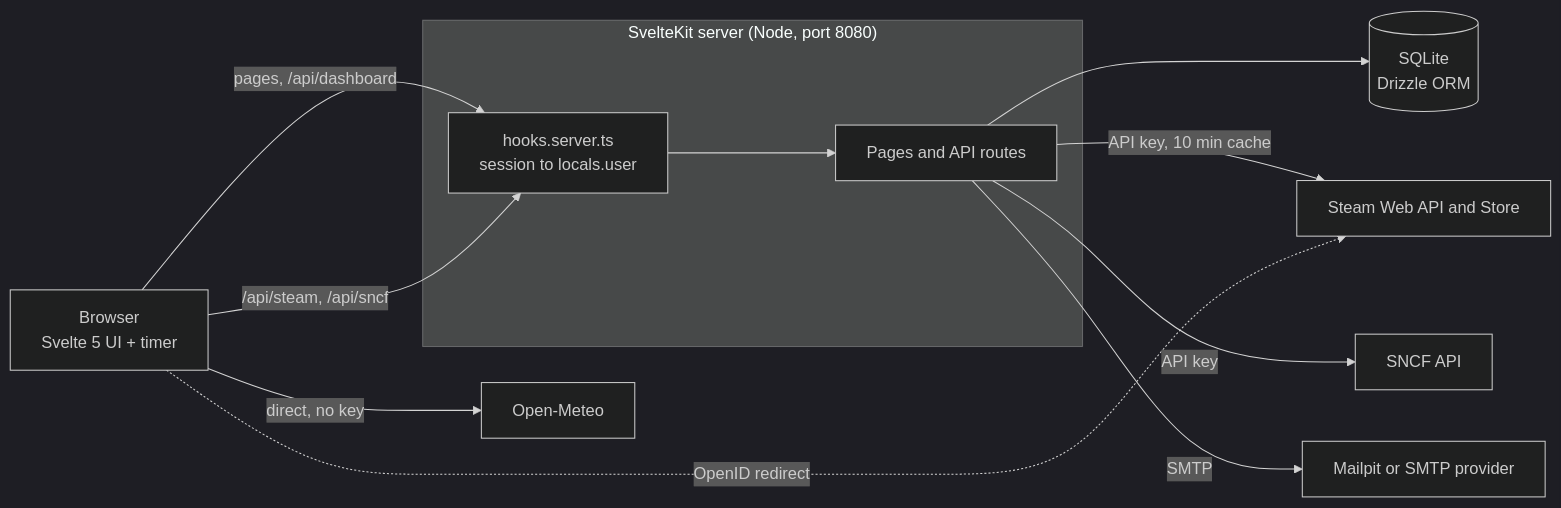
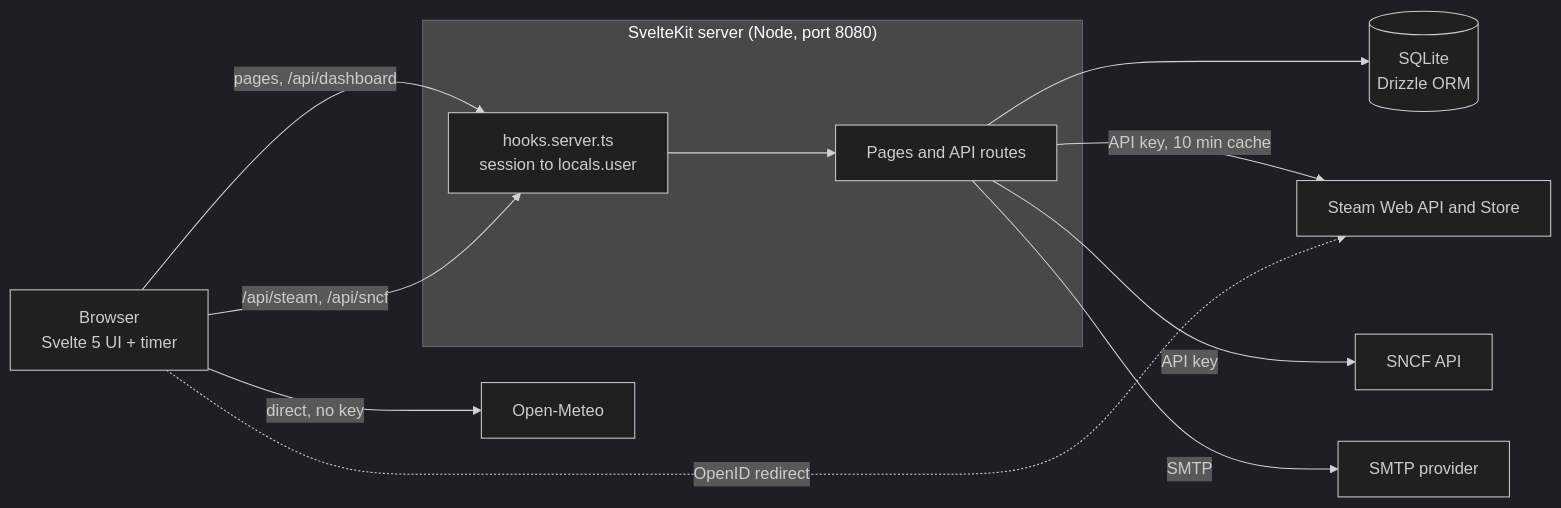
Before and after one commit to MyEpitechProjects/G-WEB-500-LIL-5-1-dashboard-18: the diagram in README.md, drawn with Mermaid (dark theme). The commit also changed other lines of this file and 1 other file, not shown here.

````diff
--- a/README.md
+++ b/README.md
@@ -133,21 +131,21 @@
 ```mermaid
 flowchart LR
     Browser["Browser<br/>Svelte 5 UI + timer"]
 
     subgraph Server["SvelteKit server (Node, port 8080)"]
         Hooks["hooks.server.ts<br/>session to locals.user"]
         Routes["Pages and API routes"]
         Hooks --> Routes
     end
 
     DB[("SQLite<br/>Drizzle ORM")]
     Routes --> DB
 
     Browser -->|"pages, /api/dashboard"| Hooks
     Browser -->|"/api/steam, /api/sncf"| Hooks
     Browser -->|"direct, no key"| OpenMeteo["Open-Meteo"]
     Routes -->|"API key, 10 min cache"| Steam["Steam Web API and Store"]
     Routes -->|"API key"| SNCF["SNCF API"]
-    Routes -->|"SMTP"| Mail["Mailpit or SMTP provider"]
+    Routes -->|"SMTP"| Mail["SMTP provider"]
     Browser -.->|"OpenID redirect"| Steam
 ```
````
